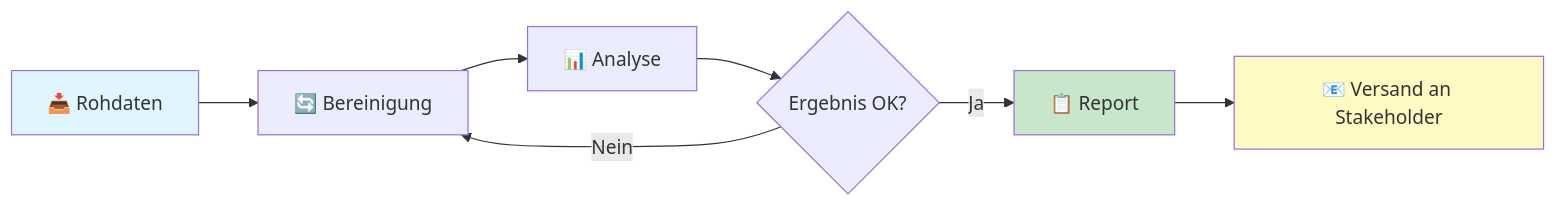
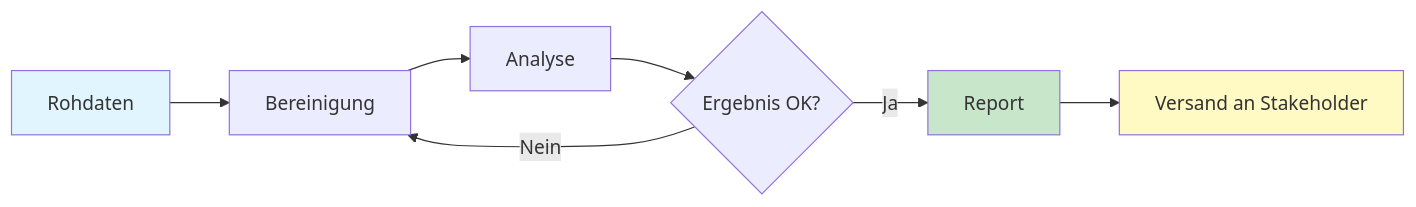
Before and after one commit to justinsz/ProPrompt: the second of 3 diagrams in analysts_de.md, drawn with Mermaid. The commit also changed other lines of this file and 11 other files, not shown here.

````diff
--- a/analysts_de.md
+++ b/analysts_de.md
@@ -164,13 +164,13 @@
 ```mermaid
 flowchart LR
-    A[📥 Rohdaten] --> B[🔄 Bereinigung]
-    B --> C[📊 Analyse]
+    A[Rohdaten] --> B[Bereinigung]
+    B --> C[Analyse]
     C --> D{Ergebnis OK?}
-    D -- Ja --> E[📋 Report]
+    D -- Ja --> E[Report]
     D -- Nein --> B
-    E --> F[📧 Versand an Stakeholder]
+    E --> F[Versand an Stakeholder]
 
     style A fill:#e1f5fe
     style E fill:#c8e6c9
     style F fill:#fff9c4
 ```
````
